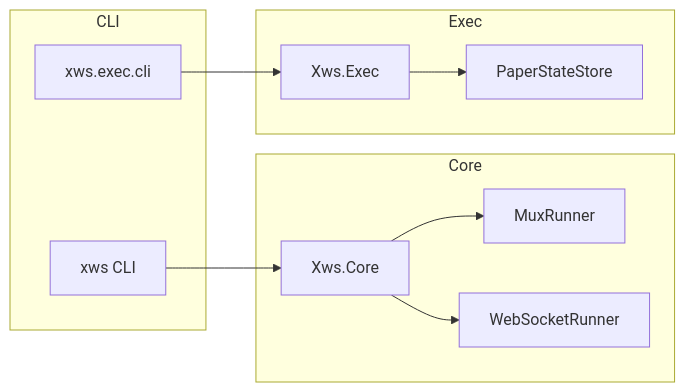
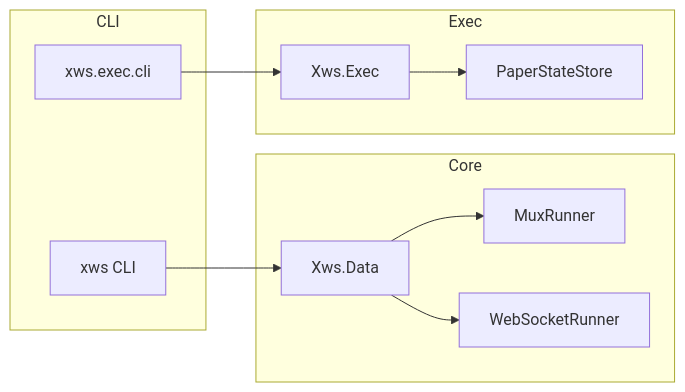
One commit to Picasso2453/exchange-connector changed the first of 3 diagrams in ARCHITECTURE.md. Above: the diagram before and after it, drawn with Mermaid. The commit also changed other lines of this file and 220 other files, not shown here.

First line of the commit message:
Complete Milestone 11: Repository restructure with clean architecture

````diff
--- a/ARCHITECTURE.md
+++ b/ARCHITECTURE.md
@@ -11,21 +11,21 @@
 ```mermaid
 flowchart LR
   subgraph CLI
     XWS[xws CLI]
     XWS_EXEC[xws.exec.cli]
   end
   subgraph Core
-    CORE[Xws.Core]
+    CORE[Xws.Data]
     MUX[MuxRunner]
     WS[WebSocketRunner]
   end
   subgraph Exec
     EXEC[Xws.Exec]
     STATE[PaperStateStore]
   end
   XWS --> CORE
   XWS_EXEC --> EXEC
   CORE --> MUX
   CORE --> WS
   EXEC --> STATE
 ```
````
